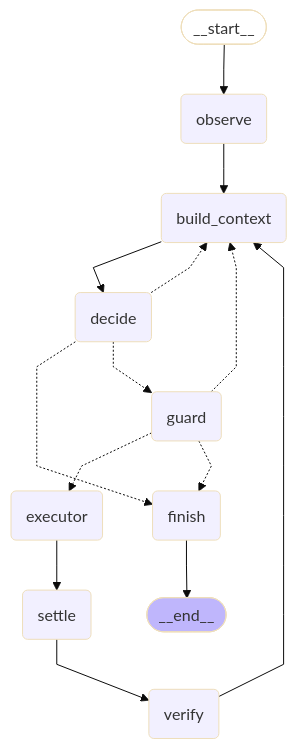
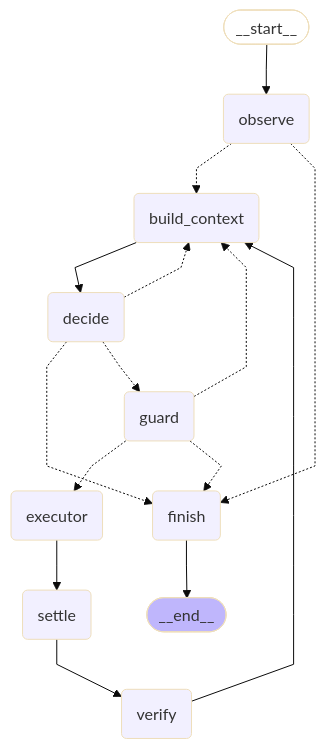
One commit to Dishank-Sen/Friday changed the diagram in docs/harness.mmd. Above: the diagram before and after it, drawn with Mermaid (base theme). The commit also changed 12 other files, not shown here.

```diff
--- a/docs/harness.mmd
+++ b/docs/harness.mmd
@@ -1,32 +1,33 @@
 ---
 config:
   flowchart:
     curve: linear
 ---
 graph TD;
 	__start__([<p>__start__</p>]):::first
 	observe(observe)
 	decide(decide)
 	guard(guard)
 	executor(executor)
 	settle(settle)
 	verify(verify)
 	build_context(build_context)
 	finish(finish)
 	__end__([<p>__end__</p>]):::last
 	__start__ --> observe;
 	build_context --> decide;
 	decide -.-> build_context;
 	decide -.-> finish;
 	decide -.-> guard;
 	executor --> settle;
 	guard -.-> build_context;
 	guard -.-> executor;
 	guard -.-> finish;
-	observe --> build_context;
+	observe -.-> build_context;
+	observe -.-> finish;
 	settle --> verify;
 	verify --> build_context;
 	finish --> __end__;
 	classDef default fill:#f2f0ff,line-height:1.2
 	classDef first fill-opacity:0
 	classDef last fill:#bfb6fc
```
